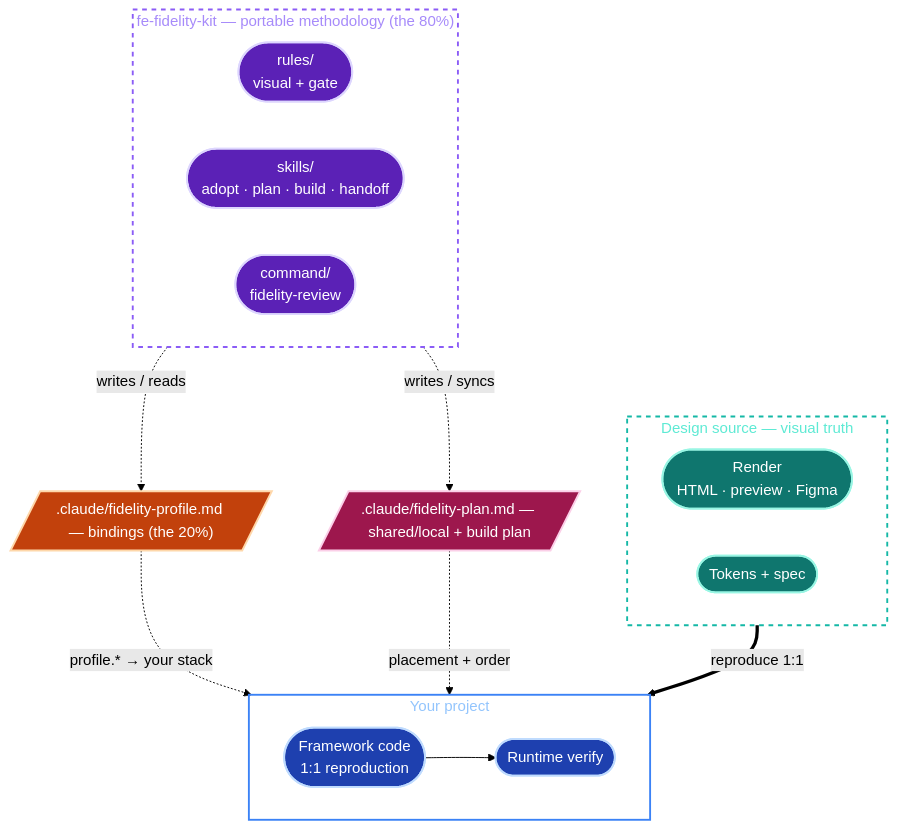
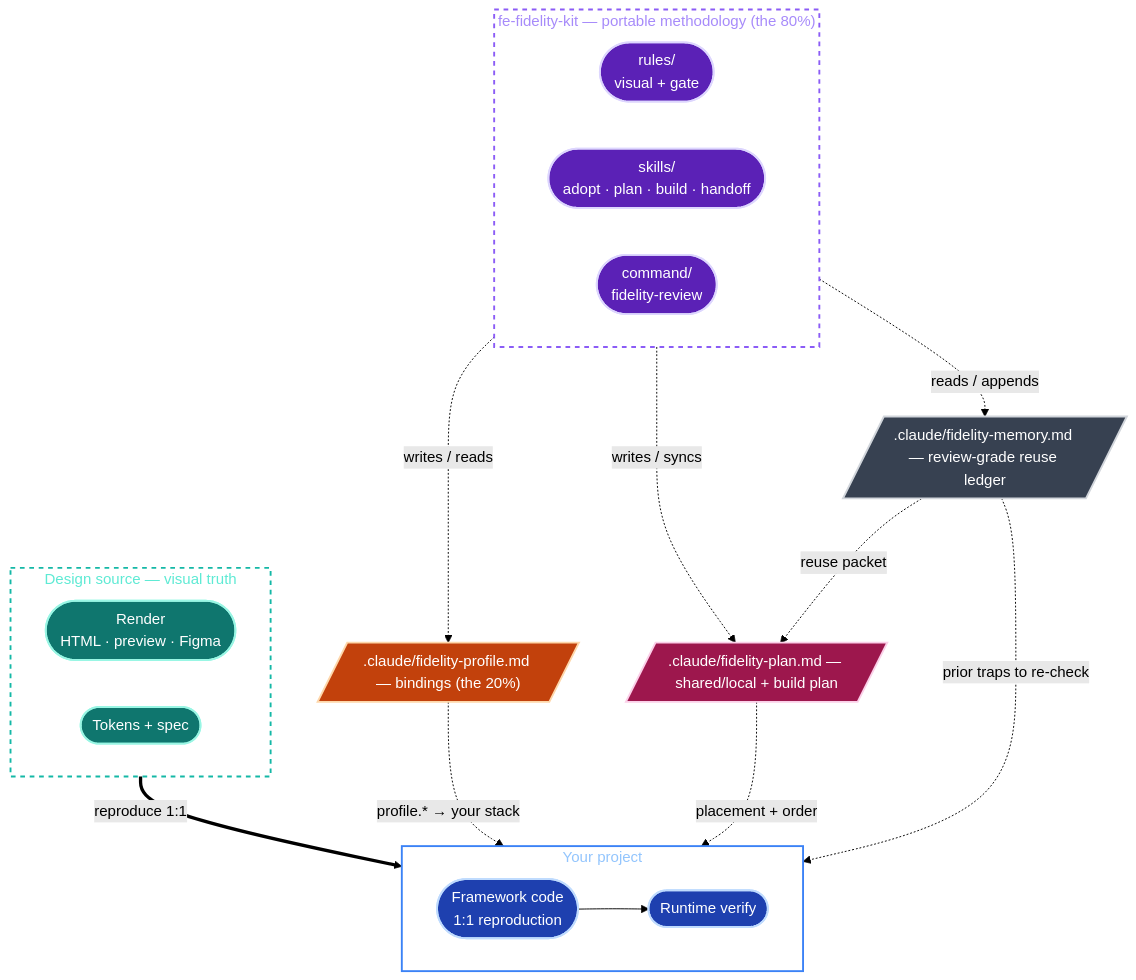
Before and after one commit to AliceDel66/fe-fidelity-kit: the first of 3 diagrams in README.md, drawn with Mermaid (forest theme). The commit also changed other lines of this file and 16 other files, not shown here.

````diff
--- a/README.md
+++ b/README.md
@@ -65,41 +66,46 @@
 ```mermaid
 flowchart TB
     classDef source fill:#0f766e,stroke:#99f6e4,stroke-width:2px,color:#fff
     classDef kit fill:#5b21b6,stroke:#ddd6fe,stroke-width:2px,color:#fff
     classDef profile fill:#c2410c,stroke:#fed7aa,stroke-width:2px,color:#fff
     classDef plan fill:#9d174d,stroke:#fbcfe8,stroke-width:2px,color:#fff
+    classDef memory fill:#374151,stroke:#d1d5db,stroke-width:2px,color:#fff
     classDef project fill:#1e40af,stroke:#bfdbfe,stroke-width:2px,color:#fff
 
     subgraph Src["Design source — visual truth"]
         direction LR
         S1(["Render<br/>HTML · preview · Figma"]):::source
         S2(["Tokens + spec"]):::source
     end
 
     subgraph KitBox["fe-fidelity-kit — portable methodology (the 80%)"]
         direction LR
         K1(["rules/<br/>visual + gate"]):::kit
         K2(["skills/<br/>adopt · plan · build · handoff"]):::kit
         K3(["command/<br/>fidelity-review"]):::kit
     end
 
     Prof[/".claude/fidelity-profile.md — bindings (the 20%)"/]:::profile
     Plan[/".claude/fidelity-plan.md — shared/local + build plan"/]:::plan
+    Memory[/".claude/fidelity-memory.md — review-grade reuse ledger"/]:::memory
 
     subgraph Tgt["Your project"]
         direction LR
         T1(["Framework code<br/>1:1 reproduction"]):::project
         T2(["Runtime verify"]):::project
         T1 --> T2
     end
 
     KitBox -.->|"writes / reads"| Prof
     KitBox -.->|"writes / syncs"| Plan
+    KitBox -.->|"reads / appends"| Memory
+    Memory -.->|"reuse packet"| Plan
     Prof -.->|"profile.* → your stack"| Tgt
     Plan -.->|"placement + order"| Tgt
+    Memory -.->|"prior traps to re-check"| Tgt
     Src ==>|"reproduce 1:1"| Tgt
 
     style Src fill:none,stroke:#14b8a6,stroke-width:2px,stroke-dasharray:5 5,color:#5eead4
     style KitBox fill:none,stroke:#8b5cf6,stroke-width:2px,stroke-dasharray:5 5,color:#a78bfa
     style Tgt fill:none,stroke:#3b82f6,stroke-width:2px,color:#93c5fd
 ```
````
